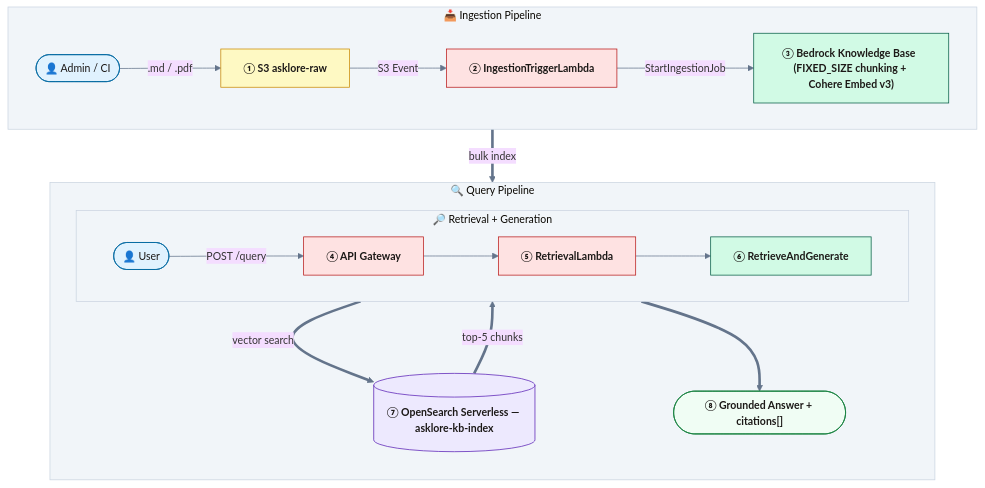
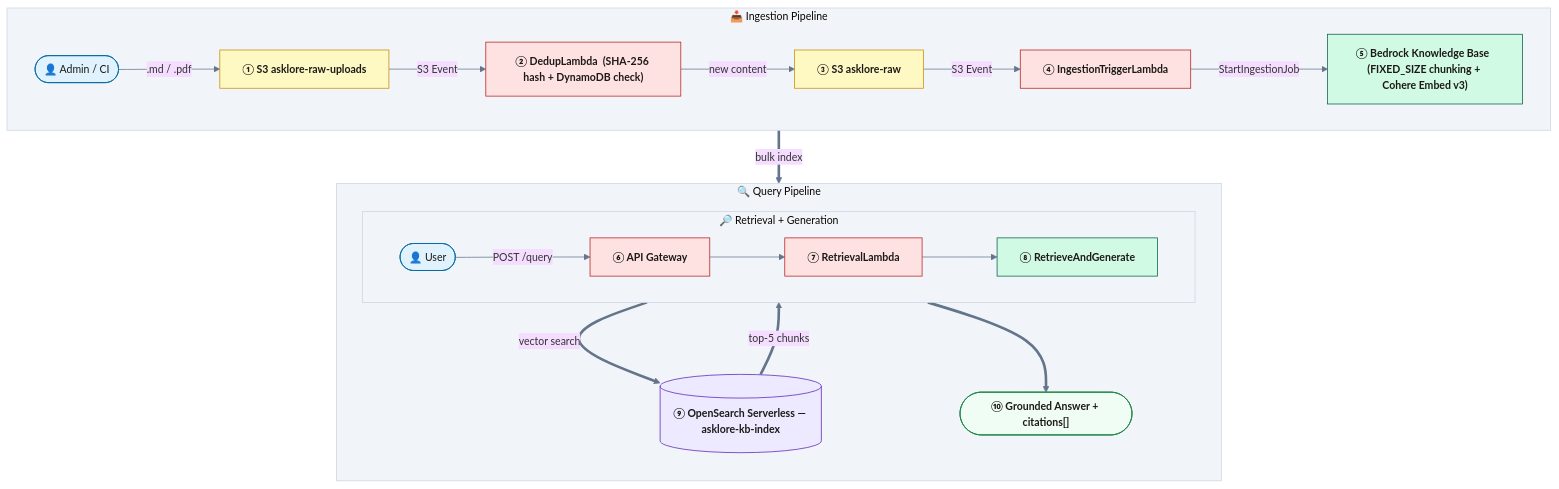
The diagram in README.md (Sunilrana1978/AskLore), drawn with Mermaid before and after one commit. The commit also changed other lines of this file and 8 other files, not shown here.

First line of the commit message:
Add explicit SHA-256 content-hash dedup pipeline ahead of KB ingestion

````diff
--- a/README.md
+++ b/README.md
@@ -9,39 +9,41 @@
 ```mermaid
 %%{init: {'theme': 'base', 'themeVariables': {'clusterBkg': '#F1F5F9', 'clusterBorder': '#CBD5E1', 'lineColor': '#64748B', 'fontSize': '14px'}}}%%
 flowchart TB
 
     classDef s3      fill:#FEF9C3,stroke:#CA8A04,color:#1C1917,font-weight:bold
     classDef lambda  fill:#FEE2E2,stroke:#B91C1C,color:#1C1917,font-weight:bold
     classDef bedrock fill:#D1FAE5,stroke:#065F46,color:#1C1917,font-weight:bold
     classDef os      fill:#EDE9FE,stroke:#5B21B6,color:#1C1917,font-weight:bold
     classDef person  fill:#E0F2FE,stroke:#0369A1,color:#1C1917
     classDef output  fill:#F0FDF4,stroke:#15803D,color:#1C1917,font-weight:bold
 
     subgraph ING["📥  Ingestion Pipeline"]
         direction LR
         UADM(["👤 Admin / CI"]):::person
-        RAWB["① S3  asklore-raw"]:::s3
-        TRIG["② IngestionTriggerLambda"]:::lambda
-        KB["③ Bedrock Knowledge Base  (FIXED_SIZE chunking + Cohere Embed v3)"]:::bedrock
-        UADM -->|.md / .pdf| RAWB -->|S3 Event| TRIG -->|StartIngestionJob| KB
+        UPLB["① S3  asklore-raw-uploads"]:::s3
+        DEDL["② DedupLambda  (SHA-256 hash + DynamoDB check)"]:::lambda
+        RAWB["③ S3  asklore-raw"]:::s3
+        TRIG["④ IngestionTriggerLambda"]:::lambda
+        KB["⑤ Bedrock Knowledge Base  (FIXED_SIZE chunking + Cohere Embed v3)"]:::bedrock
+        UADM -->|.md / .pdf| UPLB -->|S3 Event| DEDL -->|new content| RAWB -->|S3 Event| TRIG -->|StartIngestionJob| KB
     end
 
     subgraph QRY["🔍  Query Pipeline"]
         direction TB
         subgraph RET["🔎  Retrieval + Generation"]
             direction LR
             UQRY(["👤 User"]):::person
-            APIG["④ API Gateway"]:::lambda
-            RLMB["⑤ RetrievalLambda"]:::lambda
-            RAG["⑥ RetrieveAndGenerate"]:::bedrock
+            APIG["⑥ API Gateway"]:::lambda
+            RLMB["⑦ RetrievalLambda"]:::lambda
+            RAG["⑧ RetrieveAndGenerate"]:::bedrock
             UQRY -->|POST /query| APIG --> RLMB --> RAG
         end
-        OSLS[("⑦ OpenSearch Serverless — asklore-kb-index")]:::os
-        GOUT(["⑧ Grounded Answer + citations[]"]):::output
+        OSLS[("⑨ OpenSearch Serverless — asklore-kb-index")]:::os
+        GOUT(["⑩ Grounded Answer + citations[]"]):::output
         RAG ==>|vector search| OSLS
         OSLS ==>|top-5 chunks| RAG
         RAG ==> GOUT
     end
 
     KB ==>|bulk index| OSLS
 ```
````
